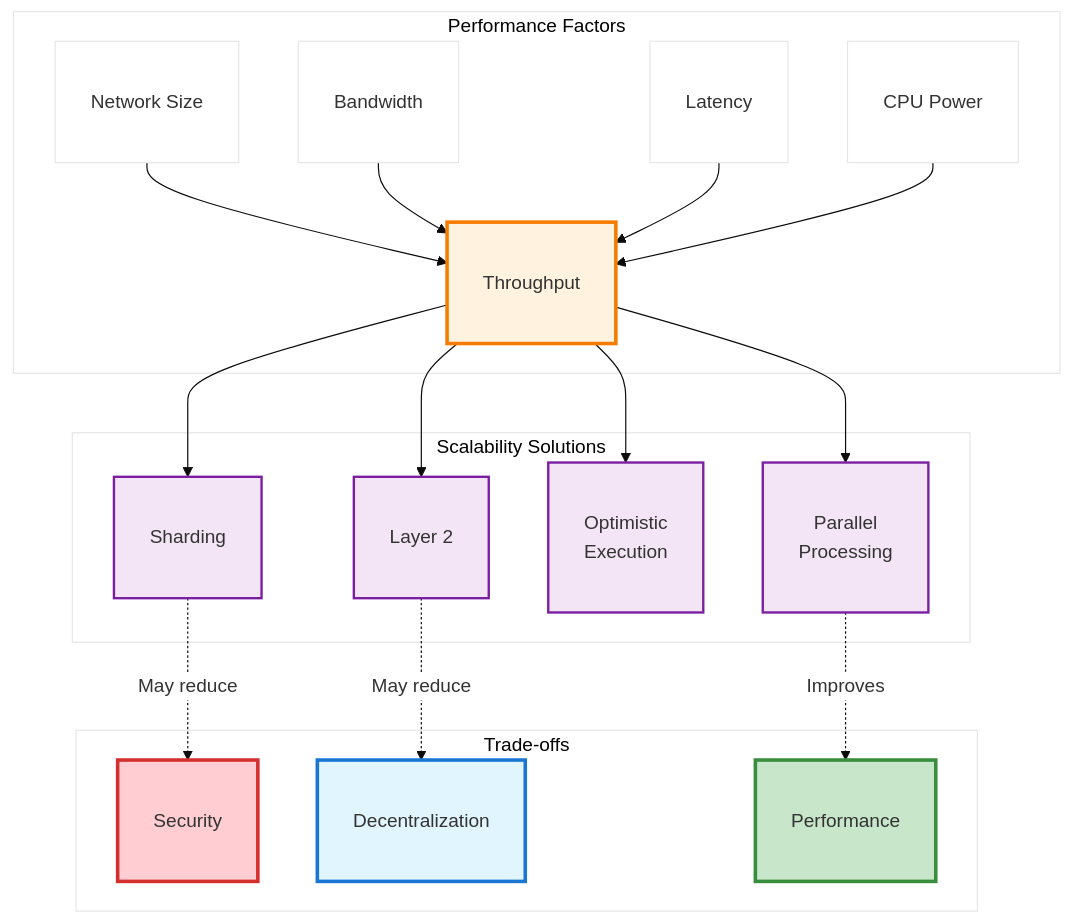
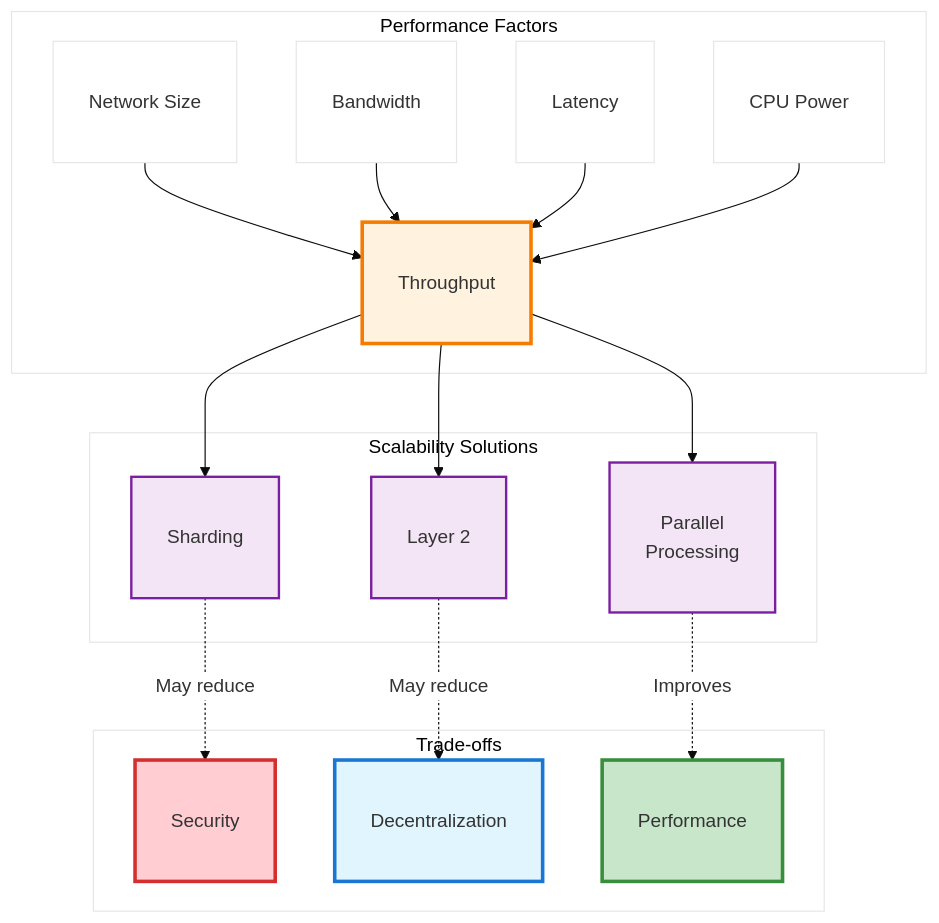
Diagram 20 of 24 in public/api/articles/byzantine-fault-tolerance.md (shapkarin/shapkarin.me), drawn with Mermaid before and after one commit. The commit also changed 3 other files, not shown here.

Commit message:
docs: BFT article, fix Mermaid diagram to align optimistic approach with…docs: BFT article, fix Mermaid diagram to align optimistic approach with…

````diff
--- a/public/api/articles/byzantine-fault-tolerance.md
+++ b/public/api/articles/byzantine-fault-tolerance.md
@@ -1289,41 +1289,38 @@
 ```mermaid
 %%{init: {'theme':'base', 'themeVariables': {'primaryColor':'#ffffff', 'fontSize':'16px'}}}%%
 graph TD
     subgraph "Performance Factors"
         N["<br/>Network Size<br/><br/>"] --> TH["<br/>Throughput<br/><br/>"]
         BW["<br/>Bandwidth<br/><br/>"] --> TH
         LAT["<br/>Latency<br/><br/>"] --> TH
         CPU["<br/>CPU Power<br/><br/>"] --> TH
     end
     
     subgraph "Scalability Solutions"
         SH["<br/>Sharding<br/><br/>"]
         LR["<br/>Layer 2<br/><br/>"]
-        OPT["<br/>Optimistic<br/>Execution<br/><br/>"]
         PAR["<br/>Parallel<br/>Processing<br/><br/>"]
     end
     
     TH --> SH
     TH --> LR
-    TH --> OPT
     TH --> PAR
     
     subgraph "Trade-offs"
         SEC["<br/>Security<br/><br/>"] 
         DEC["<br/>Decentralization<br/><br/>"]
         PERF["<br/>Performance<br/><br/>"]
     end
     
     SH -.->|"May reduce"| SEC
     LR -.->|"May reduce"| DEC
     PAR -.->|"Improves"| PERF
     
     style TH fill:#fff3e0,stroke:#f57c00,stroke-width:3px
     style SEC fill:#ffcdd2,stroke:#d32f2f,stroke-width:3px
     style DEC fill:#e1f5fe,stroke:#1976d2,stroke-width:3px
     style PERF fill:#c8e6c9,stroke:#388e3c,stroke-width:3px
     style SH fill:#f3e5f5,stroke:#7b1fa2,stroke-width:2px
     style LR fill:#f3e5f5,stroke:#7b1fa2,stroke-width:2px
-    style OPT fill:#f3e5f5,stroke:#7b1fa2,stroke-width:2px
     style PAR fill:#f3e5f5,stroke:#7b1fa2,stroke-width:2px
 ```
````
